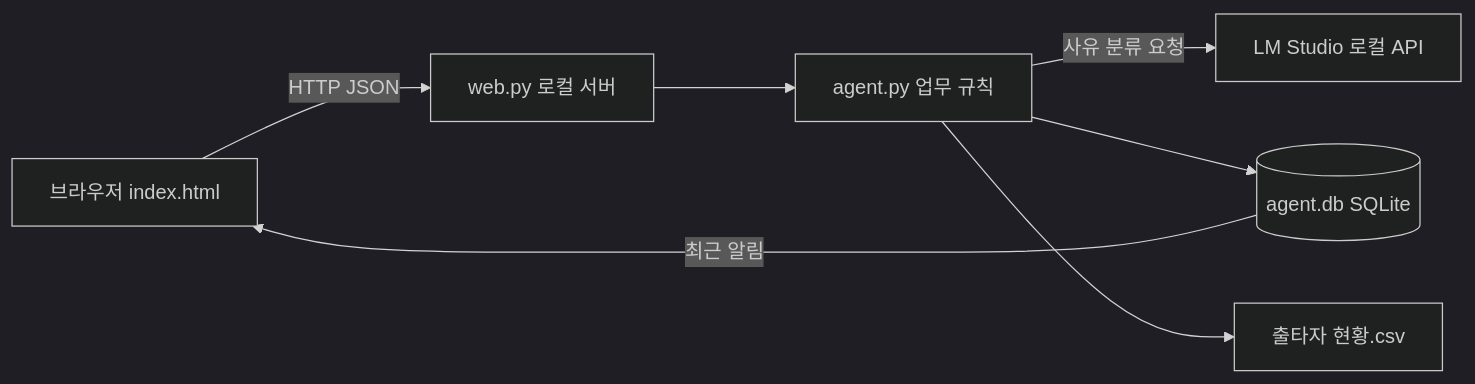
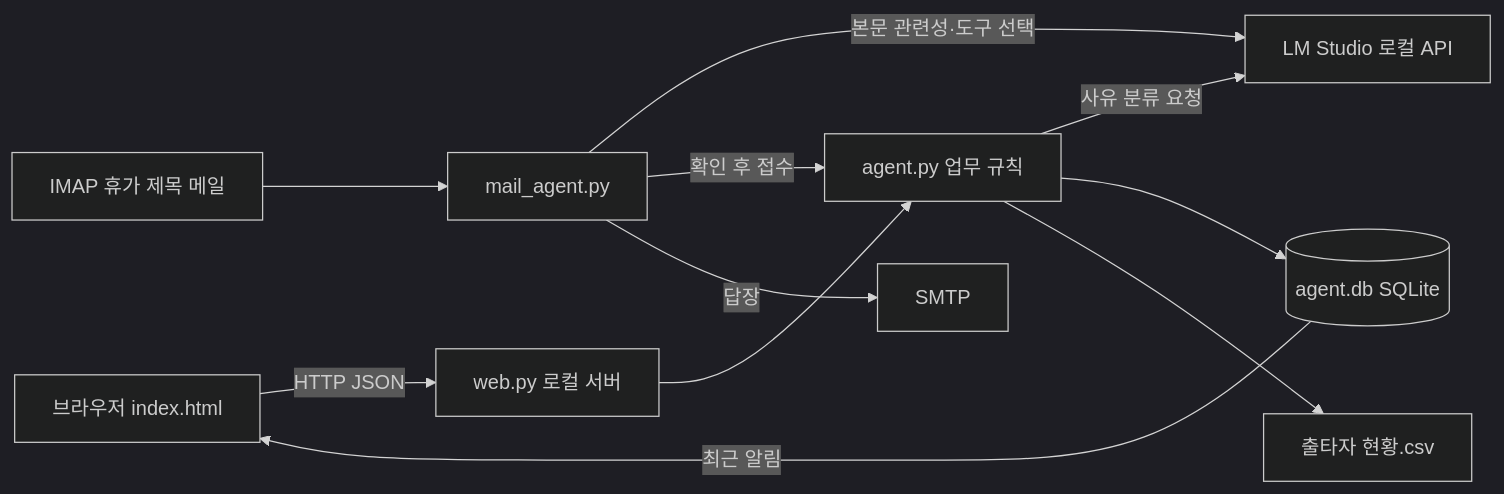
One commit to homilpat/leave-agent changed the diagram in ARCHITECTURE.md. Above: the diagram before and after it, drawn with Mermaid (dark theme). The commit also changed other lines of this file and 3 other files, not shown here.

````diff
--- a/ARCHITECTURE.md
+++ b/ARCHITECTURE.md
@@ -5,9 +5,13 @@
 ```mermaid
 flowchart LR
     A[브라우저 index.html] -->|HTTP JSON| B[web.py 로컬 서버]
     B --> C[agent.py 업무 규칙]
     C -->|사유 분류 요청| D[LM Studio 로컬 API]
     C --> E[(agent.db SQLite)]
     C --> F[출타자 현황.csv]
     E -->|최근 알림| A
+    G[IMAP 휴가 제목 메일] --> H[mail_agent.py]
+    H -->|본문 관련성·도구 선택| D
+    H -->|확인 후 접수| C
+    H -->|답장| I[SMTP]
 ```
````
